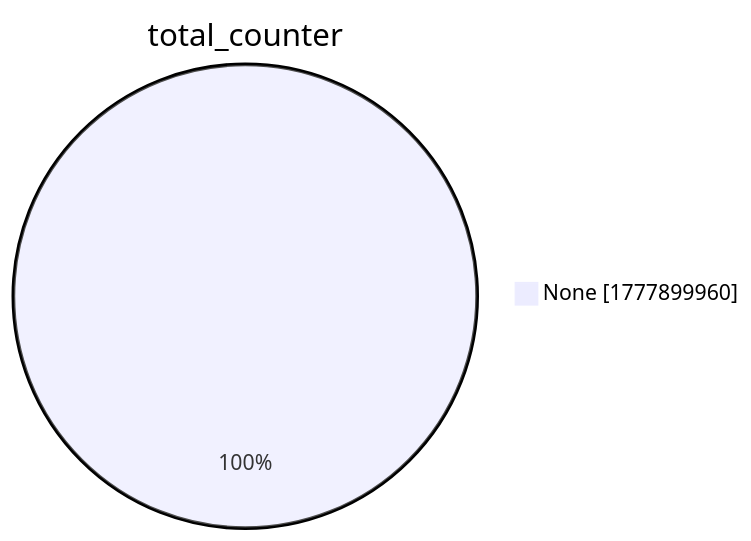
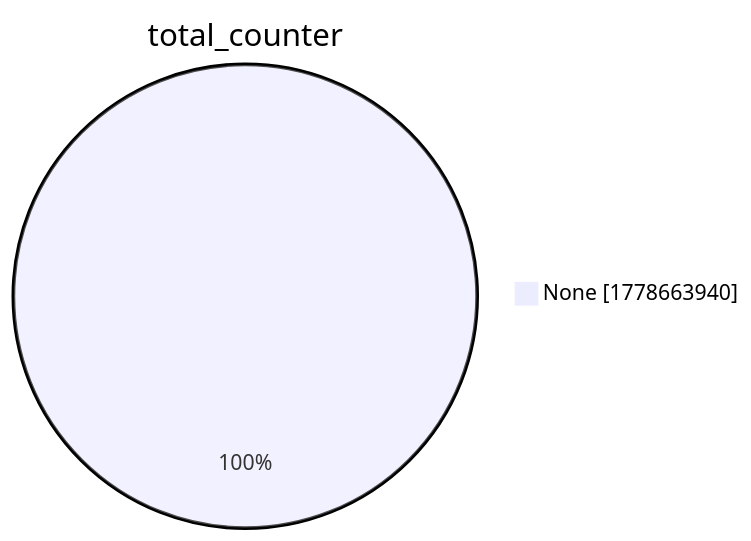
The second of 15 diagrams in xenon2022/README.md (christiankrug/ctmonitor_visualization), drawn with Mermaid before and after one commit. The commit also changed other lines of this file, not shown here.

````diff
--- a/xenon2022/README.md
+++ b/xenon2022/README.md
@@ -9,5 +9,5 @@
 ```mermaid
 pie showData
 title total_counter
-"None" :1777899960
+"None" :1778663940
 ```
````
